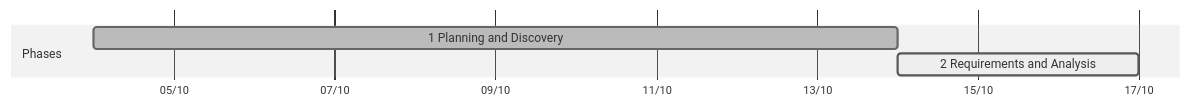
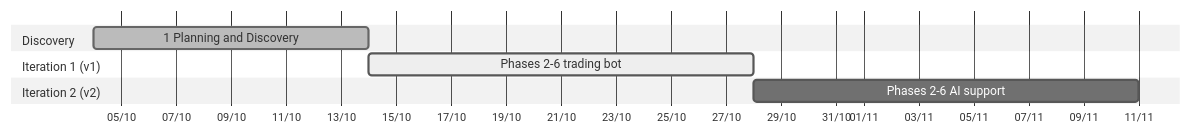
The diagram in docs/examples/ai-bot-ea-dca-hedging.md (liquizzz/ai-delivery-playbook), drawn with Mermaid (neutral theme) before and after one commit. The commit also changed other lines of this file and 3 other files, not shown here.

First line of the commit message:
Rename example to "EA Bot trading with AI support"; add Agile delivery

````diff
--- a/docs/examples/ai-bot-ea-dca-hedging.md
+++ b/docs/examples/ai-bot-ea-dca-hedging.md
@@ -15,10 +16,13 @@
 ```mermaid
 gantt
   dateFormat YYYY-MM-DD
   axisFormat %d/%m
   tickInterval 2day
   todayMarker off
-  section Phases
+  section Discovery
   1 Planning and Discovery    :done,   p1, 2026-10-04, 10d
-  2 Requirements and Analysis :active, p2, 2026-10-14, 3d
+  section Iteration 1 (v1)
+  Phases 2-6 trading bot      :active, i1, 2026-10-14, 14d
+  section Iteration 2 (v2)
+  Phases 2-6 AI support       :        i2, after i1, 14d
 ```
````
